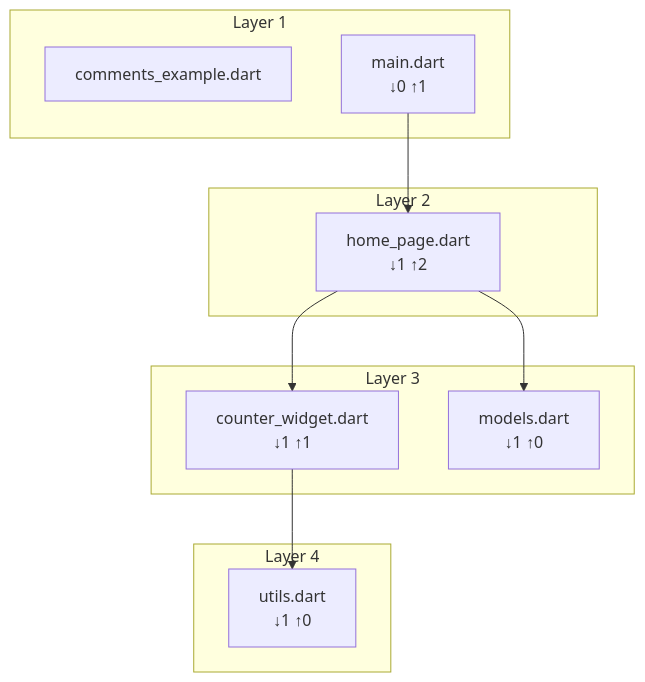
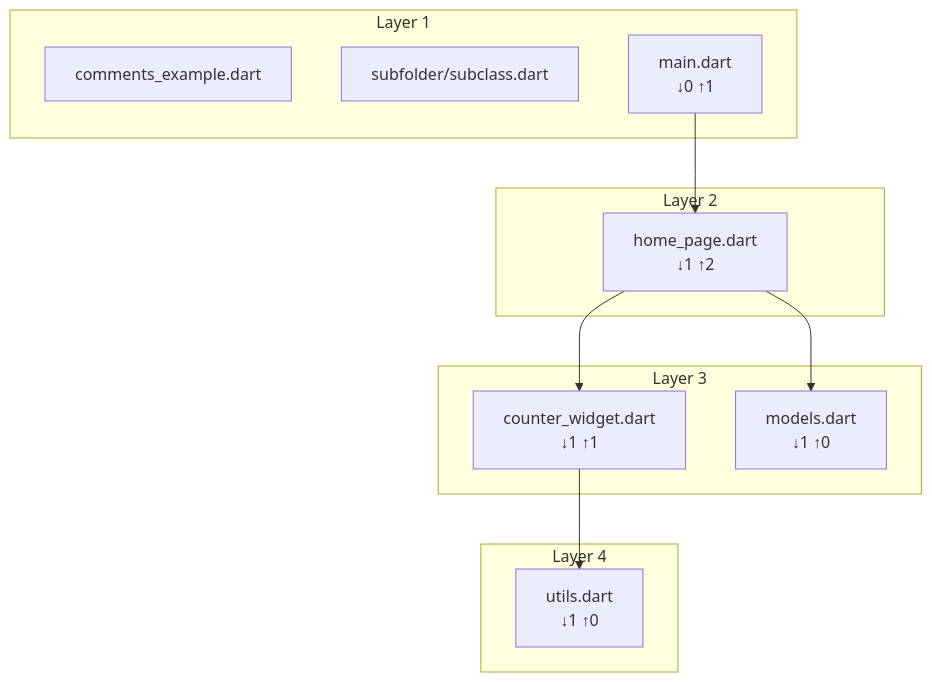
Before and after one commit to vteam-com/fCheck: the diagram in example/layers.mmd, drawn with Mermaid. The commit also changed 10 other files, not shown here.

```diff
--- a/example/layers.mmd
+++ b/example/layers.mmd
@@ -1,19 +1,20 @@
 graph TD
     subgraph Layer_1["Layer 1"]
         comments_example["comments_example.dart"]
+        subfolder_subclass["subfolder/subclass.dart"]
         main["main.dart\n↓0 ↑1"]
     end
     subgraph Layer_4["Layer 4"]
         utils["utils.dart\n↓1 ↑0"]
     end
     subgraph Layer_3["Layer 3"]
         counter_widget["counter_widget.dart\n↓1 ↑1"]
         models["models.dart\n↓1 ↑0"]
     end
     subgraph Layer_2["Layer 2"]
         home_page["home_page.dart\n↓1 ↑2"]
     end
     main --> home_page
     counter_widget --> utils
     home_page --> counter_widget
     home_page --> models
```
